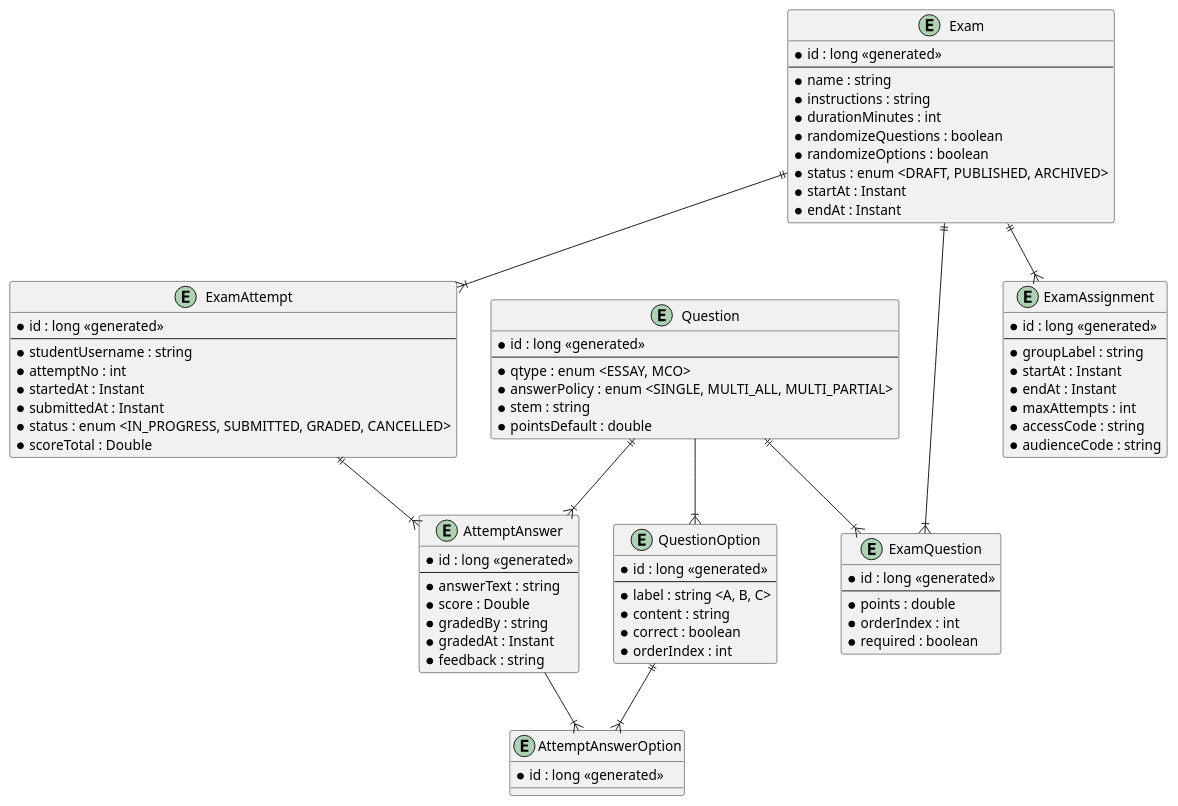
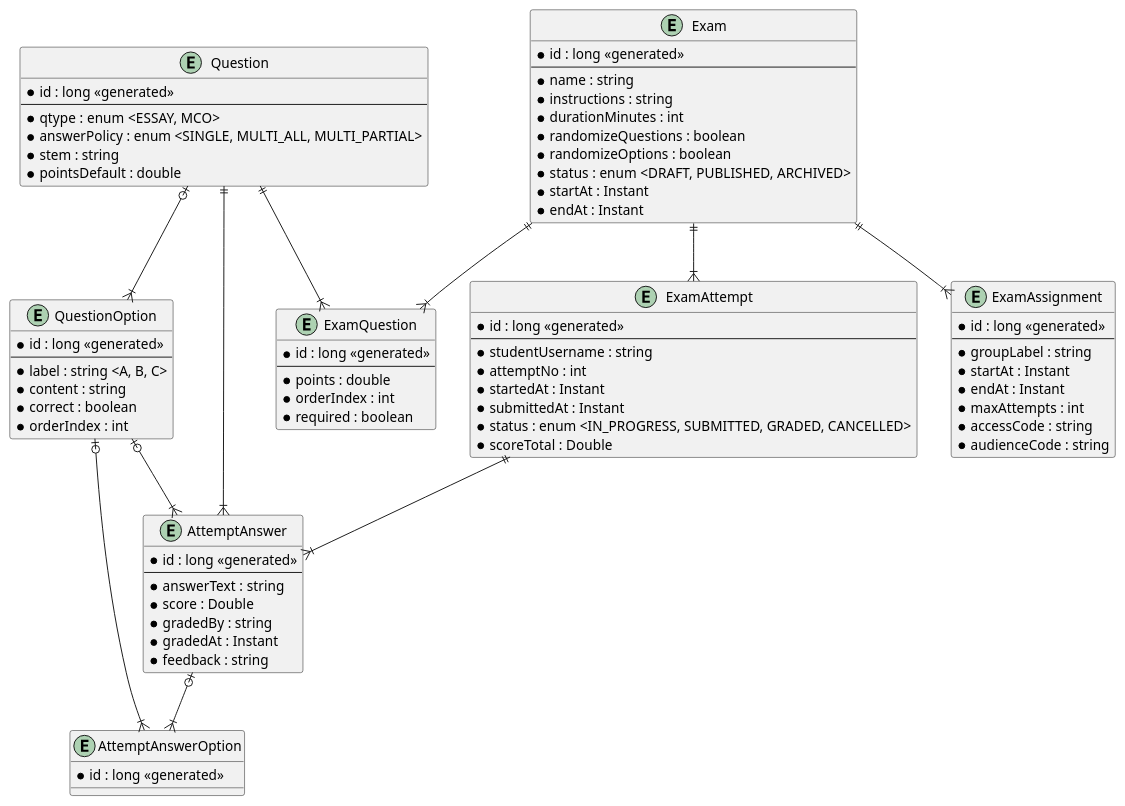
One commit to aronipurwanto/sisko-exam changed the diagram in docs/db/schema.puml. Above: the diagram before and after it, drawn with PlantUML. The commit also changed 8 other files, not shown here.

```diff
--- a/docs/db/schema.puml
+++ b/docs/db/schema.puml
@@ -1,87 +1,88 @@
 @startuml
 
 entity Question {
     * id : long <<generated>>
     --
     * qtype : enum <ESSAY, MCO>
     * answerPolicy : enum <SINGLE, MULTI_ALL, MULTI_PARTIAL>
     * stem : string
     * pointsDefault : double
 }
 
 entity QuestionOption {
     * id : long <<generated>>
     --
     * label : string <A, B, C>
     * content : string
     * correct : boolean
     * orderIndex : int
 }
 
 entity Exam {
     * id : long <<generated>>
     --
     * name : string
     * instructions : string
     * durationMinutes : int
     * randomizeQuestions : boolean
     * randomizeOptions : boolean
     * status : enum <DRAFT, PUBLISHED, ARCHIVED>
     * startAt : Instant
     * endAt : Instant
 }
 
 entity ExamAssignment {
     * id : long <<generated>>
     --
     * groupLabel : string
     * startAt : Instant
     * endAt : Instant
     * maxAttempts : int
     * accessCode : string
     * audienceCode : string
 }
 
 entity AttemptAnswer {
     * id : long <<generated>>
     --
     * answerText : string
     * score : Double
     * gradedBy : string
     * gradedAt : Instant
     * feedback : string
 }
 
 entity ExamAttempt {
     * id : long <<generated>>
     --
     * studentUsername : string
     * attemptNo : int
     * startedAt : Instant
     * submittedAt : Instant
     * status : enum <IN_PROGRESS, SUBMITTED, GRADED, CANCELLED>
     * scoreTotal : Double
 }
 
 entity ExamQuestion {
     * id : long <<generated>>
     --
     * points : double
     * orderIndex : int
     * required : boolean
 }
 
 entity AttemptAnswerOption {
     * id : long <<generated>>
 }
 
-Question |O--|{ QuestionOption
+Question |o--|{ QuestionOption
 Exam ||--|{ ExamAssignment
-QuestionOption ||--|{ AttemptAnswerOption
+QuestionOption |o--|{ AttemptAnswerOption
 Question ||--|{ AttemptAnswer
 ExamAttempt ||--|{ AttemptAnswer
-AttemptAnswer |O--|{ AttemptAnswerOption
+AttemptAnswer |o--|{ AttemptAnswerOption
 Exam ||--|{ ExamQuestion
 Question ||--|{ ExamQuestion
 Exam ||--|{ ExamAttempt
+QuestionOption |o--|{ AttemptAnswer
 @enduml
```
